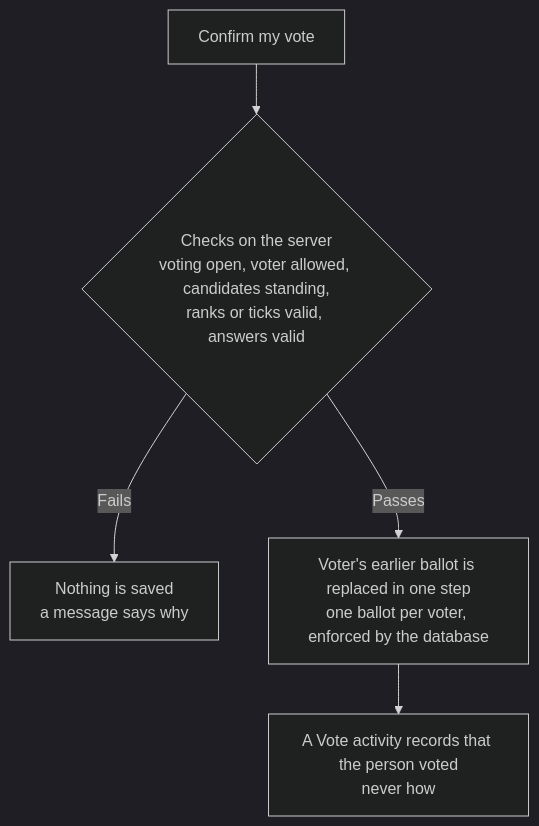
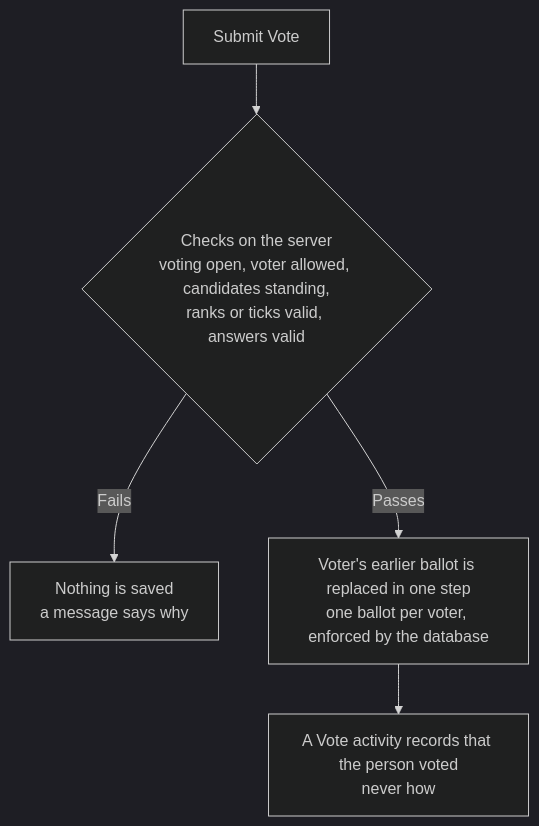
One commit to agileware/au.com.agileware.elections changed the sixth of 8 diagrams in docs/workflows.md. Above: the diagram before and after it, drawn with Mermaid (dark theme). The commit also changed other lines of this file and 198 other files, not shown here.

````diff
--- a/docs/workflows.md
+++ b/docs/workflows.md
@@ -102,7 +102,7 @@
 ```mermaid
 flowchart TD
-    S1["Confirm my vote"] --> S2{"Checks on the server<br/>voting open, voter allowed, candidates standing,<br/>ranks or ticks valid, answers valid"}
+    S1["Submit Vote"] --> S2{"Checks on the server<br/>voting open, voter allowed, candidates standing,<br/>ranks or ticks valid, answers valid"}
     S2 -->|Fails| S2x["Nothing is saved<br/>a message says why"]
     S2 -->|Passes| S3["Voter's earlier ballot is replaced in one step<br/>one ballot per voter, enforced by the database"]
     S3 --> S4["A Vote activity records that the person voted<br/>never how"]
 ```
````
